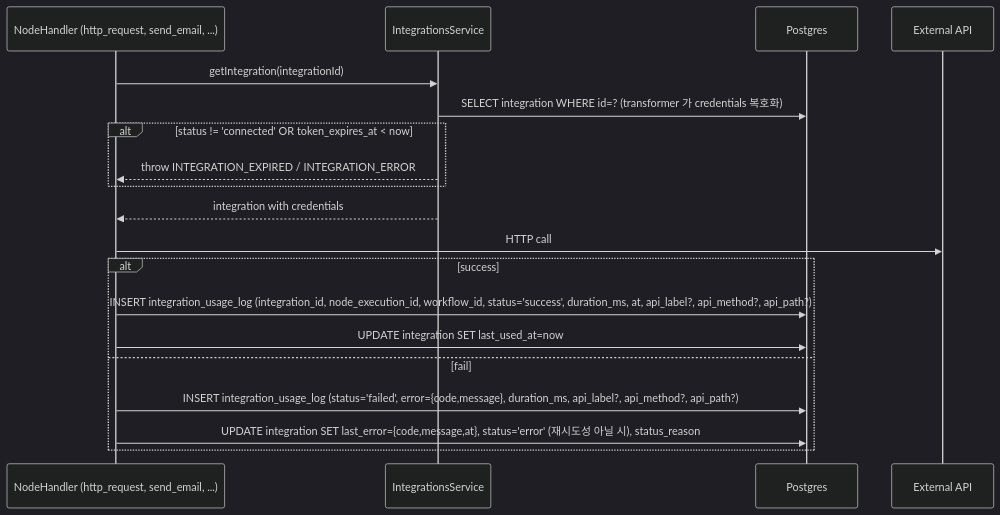
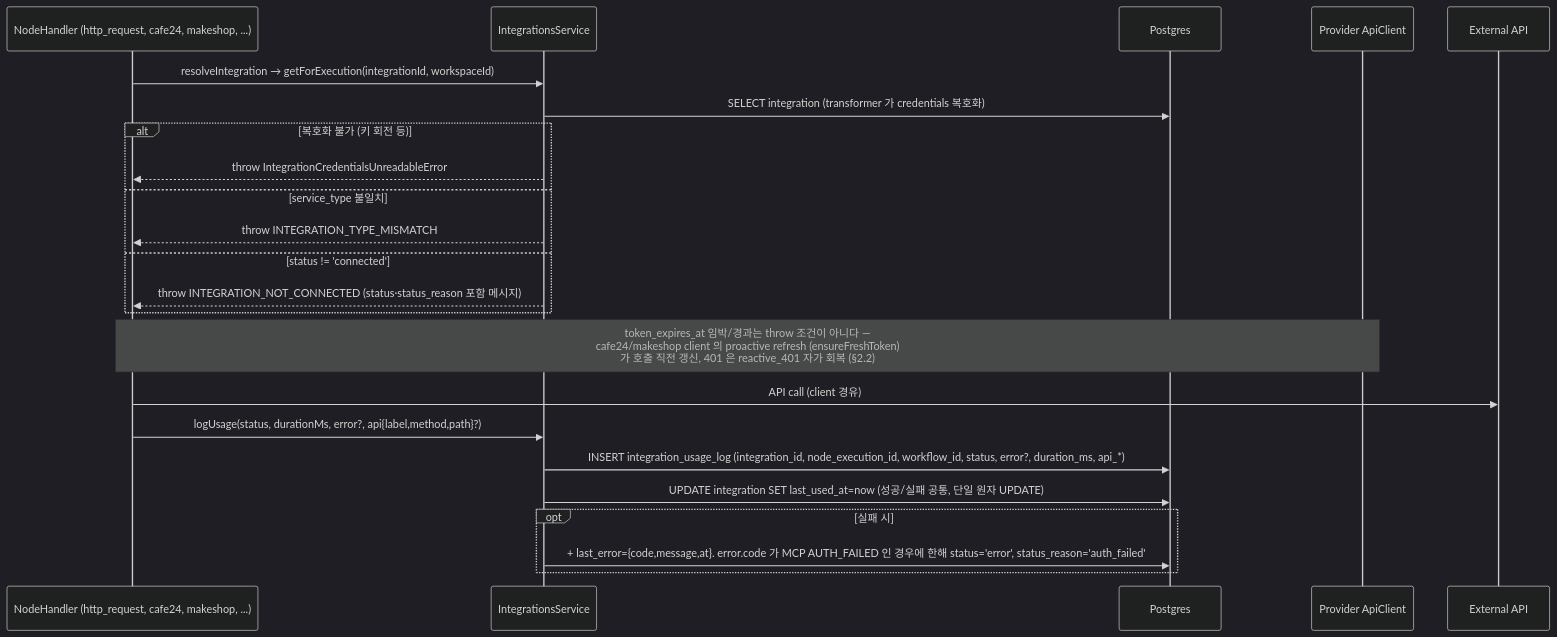
One commit to worker-ants/clemvion changed the fifth of 7 diagrams in spec/data-flow/5-integration.md. Above: the diagram before and after it, drawn with Mermaid (dark theme). The commit also changed other lines of this file and 89 other files, not shown here.

First line of the commit message:
docs(spec): spec↔code 전수 상호 감사 — 역방향 커버리지 + drift 동기화 + data-flow 재구성 (위반 19건 보고) (#516)

````diff
--- a/spec/data-flow/5-integration.md
+++ b/spec/data-flow/5-integration.md
@@ -106,22 +207,26 @@
 ```mermaid
 sequenceDiagram
-  participant H as NodeHandler (http_request, send_email, ...)
+  participant H as NodeHandler (http_request, cafe24, makeshop, ...)
   participant Svc as IntegrationsService
   participant PG as Postgres
+  participant Cl as Provider ApiClient
   participant Ext as External API
 
-  H->>Svc: getIntegration(integrationId)
-  Svc->>PG: SELECT integration WHERE id=? (transformer 가 credentials 복호화)
-  alt status != 'connected' OR token_expires_at < now
-    Svc-->>H: throw INTEGRATION_EXPIRED / INTEGRATION_ERROR
+  H->>Svc: resolveIntegration → getForExecution(integrationId, workspaceId)
+  Svc->>PG: SELECT integration (transformer 가 credentials 복호화)
+  alt 복호화 불가 (키 회전 등)
+    Svc-->>H: throw IntegrationCredentialsUnreadableError
+  else service_type 불일치
+    Svc-->>H: throw INTEGRATION_TYPE_MISMATCH
+  else status != 'connected'
+    Svc-->>H: throw INTEGRATION_NOT_CONNECTED (status·status_reason 포함 메시지)
   end
-  Svc-->>H: integration with credentials
-  H->>Ext: HTTP call
-  alt success
-    H->>PG: INSERT integration_usage_log (integration_id, node_execution_id, workflow_id, status='success', duration_ms, at, api_label?, api_method?, api_path?)
-    H->>PG: UPDATE integration SET last_used_at=now
-  else fail
-    H->>PG: INSERT integration_usage_log (status='failed', error={code,message}, duration_ms, api_label?, api_method?, api_path?)
-    H->>PG: UPDATE integration SET last_error={code,message,at}, status='error' (재시도성 아닐 시), status_reason
+  Note over H,Cl: token_expires_at 임박/경과는 throw 조건이 아니다 —<br/>cafe24/makeshop client 의 proactive refresh (ensureFreshToken)<br/>가 호출 직전 갱신, 401 은 reactive_401 자가 회복 (§2.2)
+  H->>Ext: API call (client 경유)
+  H->>Svc: logUsage(status, durationMs, error?, api{label,method,path}?)
+  Svc->>PG: INSERT integration_usage_log (integration_id, node_execution_id, workflow_id, status, error?, duration_ms, api_*)
+  Svc->>PG: UPDATE integration SET last_used_at=now (성공/실패 공통, 단일 원자 UPDATE)
+  opt 실패 시
+    Svc->>PG: + last_error={code,message,at}. error.code 가 MCP AUTH_FAILED 인 경우에 한해 status='error', status_reason='auth_failed'
   end
 ```
````
